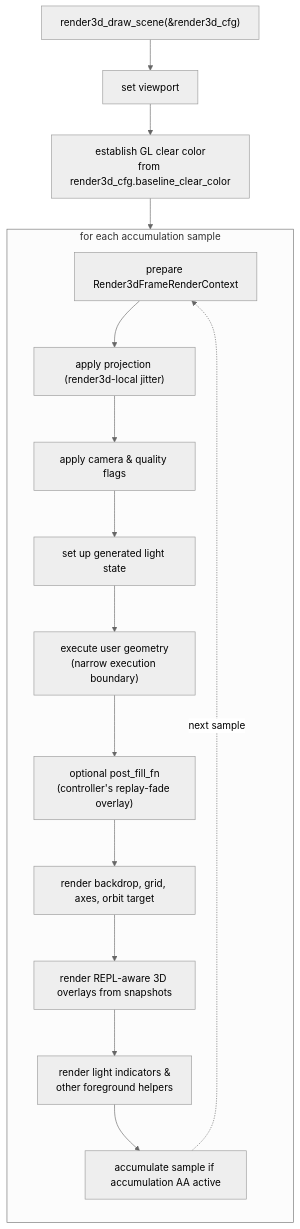
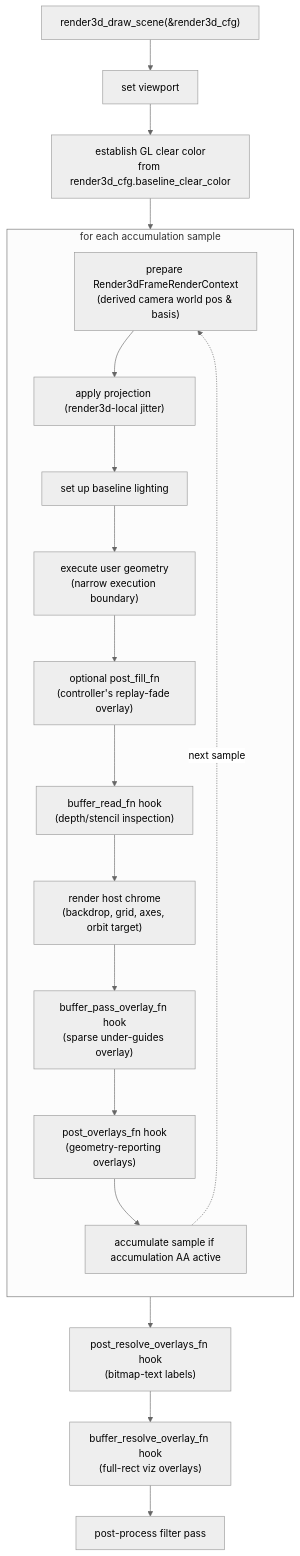
The second of 2 diagrams in docs/ARCHITECTURE.md (drewwoods/gl-repl), drawn with Mermaid (neutral theme) before and after one commit. The commit also changed other lines of this file and 24 other files, not shown here.

````diff
--- a/docs/ARCHITECTURE.md
+++ b/docs/ARCHITECTURE.md
@@ -214,20 +214,23 @@
 ```mermaid
 flowchart TD
     entry["render3d_draw_scene(&render3d_cfg)"] --> vp["set viewport"]
     vp --> clear["establish GL clear color<br/>from render3d_cfg.baseline_clear_color"]
     clear --> p1
 
     subgraph loop["for each accumulation sample"]
         direction TB
-        p1["prepare Render3dFrameRenderContext"] --> p2["apply projection (render3d-local jitter)"]
-        p2 --> p3["apply camera & quality flags"]
-        p3 --> p4["set up generated light state"]
-        p4 --> p5["execute user geometry<br/>(narrow execution boundary)"]
-        p5 --> p6["optional post_fill_fn<br/>(controller's replay-fade overlay)"]
-        p6 --> p7["render backdrop, grid, axes, orbit target"]
-        p7 --> p8["render REPL-aware 3D overlays from snapshots"]
-        p8 --> p9["render light indicators &<br/>other foreground helpers"]
+        p1["prepare Render3dFrameRenderContext<br/>(derived camera world pos & basis)"] --> p2["apply projection (render3d-local jitter)"]
+        p2 --> p3["set up baseline lighting"]
+        p3 --> p4["execute user geometry<br/>(narrow execution boundary)"]
+        p4 --> p5["optional post_fill_fn<br/>(controller's replay-fade overlay)"]
+        p5 --> p6["buffer_read_fn hook<br/>(depth/stencil inspection)"]
+        p6 --> p7["render host chrome<br/>(backdrop, grid, axes, orbit target)"]
+        p7 --> p8["buffer_pass_overlay_fn hook<br/>(sparse under-guides overlay)"]
+        p8 --> p9["post_overlays_fn hook<br/>(geometry-reporting overlays)"]
         p9 --> p10["accumulate sample if accumulation AA active"]
     end
     p10 -.->|next sample| p1
+    p10 --> r1["post_resolve_overlays_fn hook<br/>(bitmap-text labels)"]
+    r1 --> r2["buffer_resolve_overlay_fn hook<br/>(full-rect viz overlays)"]
+    r2 --> r3["post-process filter pass"]
 ```
````
